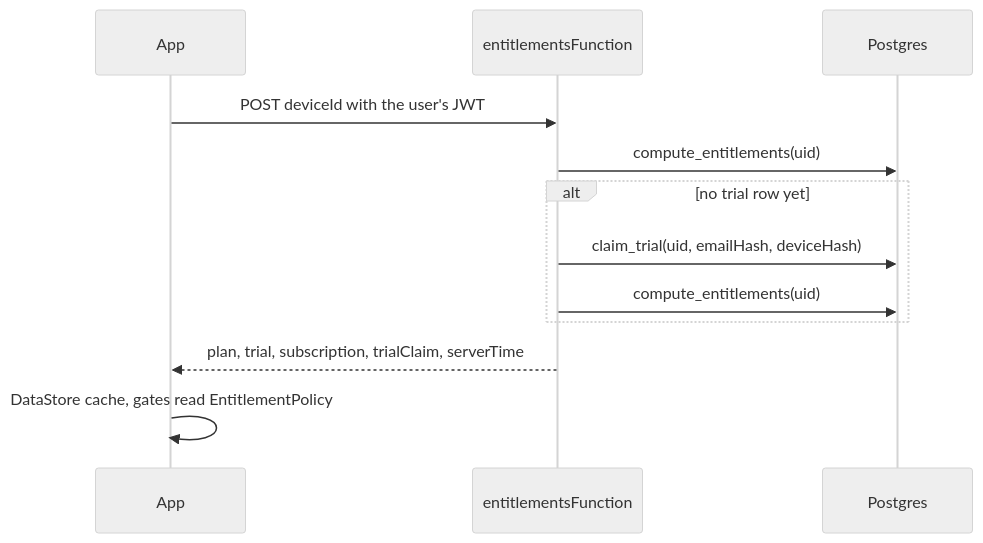
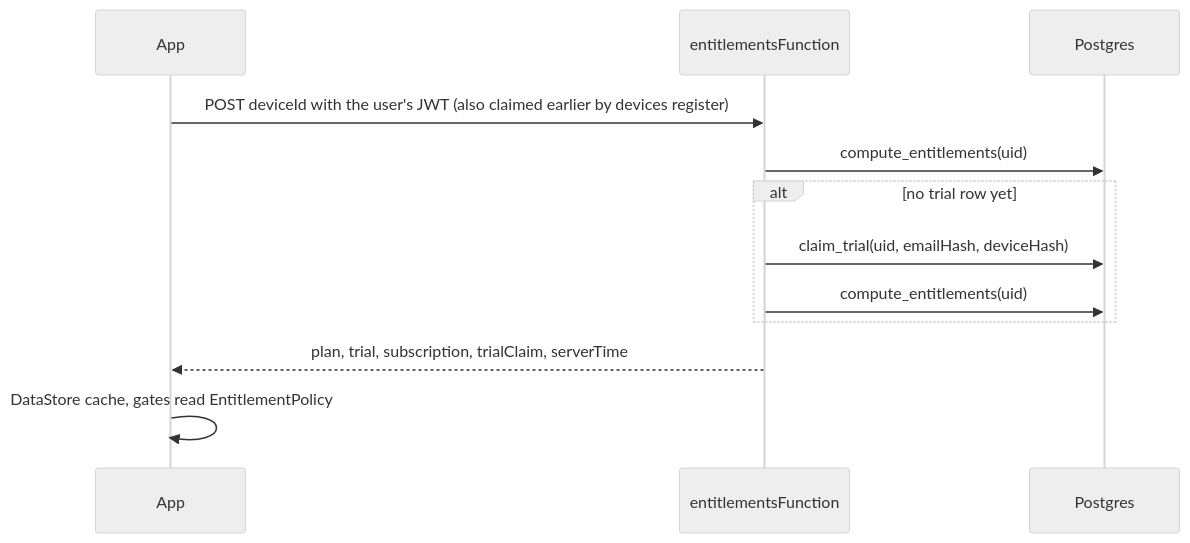
Before and after one commit to chinmayautoomstudio/MPlay: the diagram in docs/features/plans.md, drawn with Mermaid (neutral theme). The commit also changed other lines of this file and 5 other files, not shown here.

````diff
--- a/docs/features/plans.md
+++ b/docs/features/plans.md
@@ -34,14 +34,14 @@
 ```mermaid
 sequenceDiagram
     participant App
     participant Fn as entitlementsFunction
     participant Db as Postgres
-    App->>Fn: POST deviceId with the user's JWT
+    App->>Fn: POST deviceId with the user's JWT (also claimed earlier by devices register)
     Fn->>Db: compute_entitlements(uid)
     alt no trial row yet
         Fn->>Db: claim_trial(uid, emailHash, deviceHash)
         Fn->>Db: compute_entitlements(uid)
     end
     Fn-->>App: plan, trial, subscription, trialClaim, serverTime
     App->>App: DataStore cache, gates read EntitlementPolicy
 ```
````
